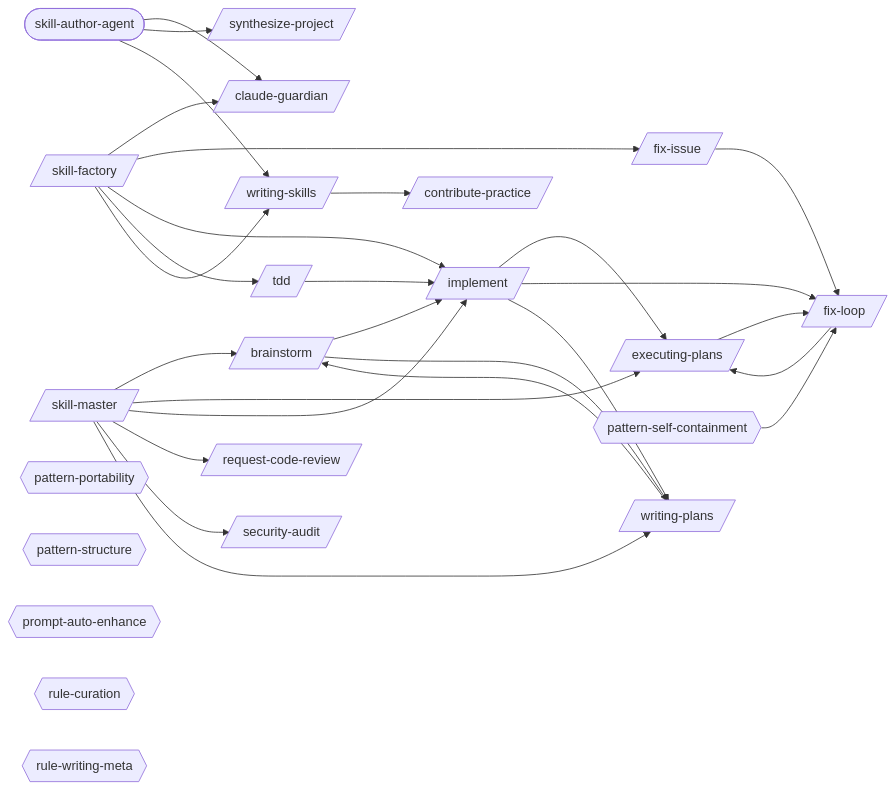
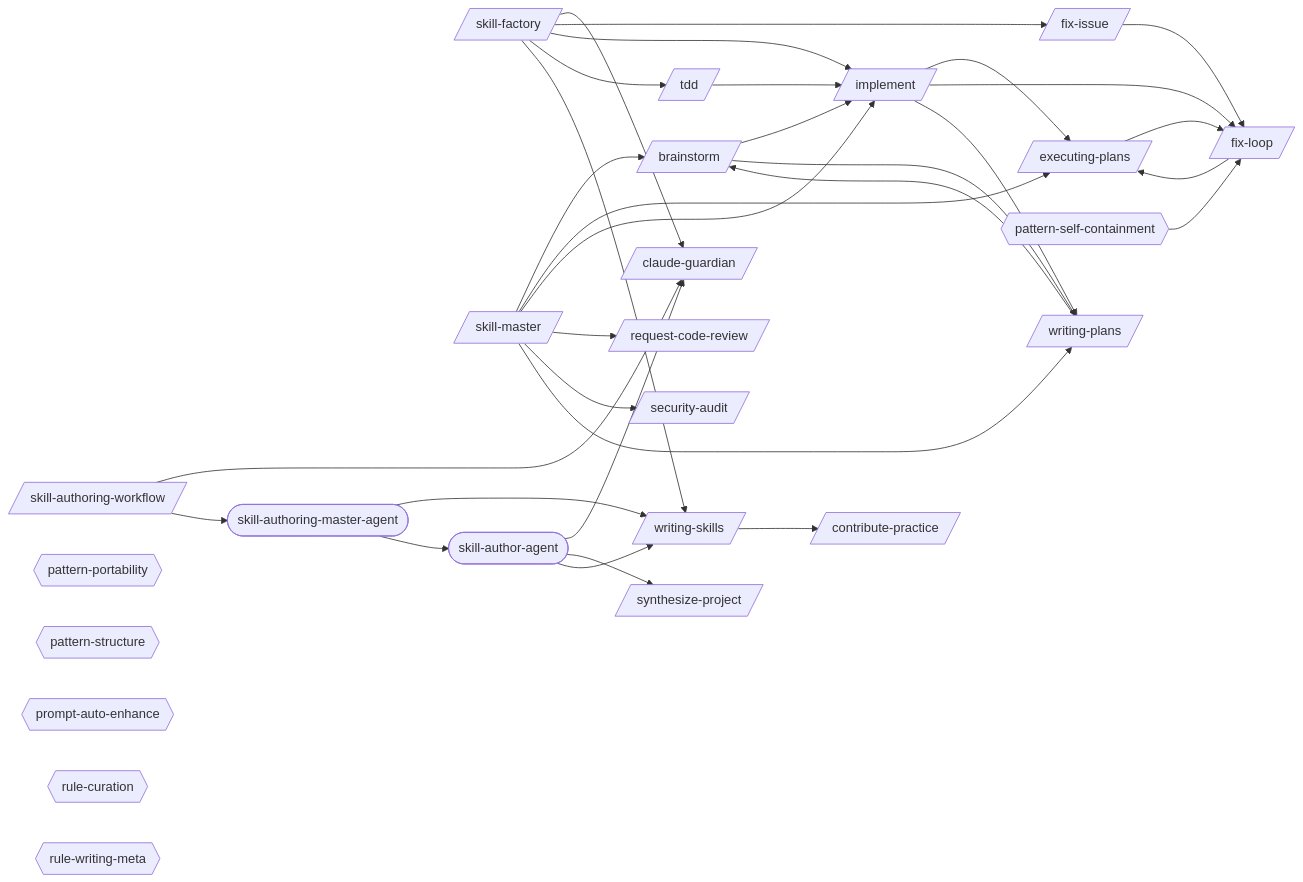
One commit to abhayla/claude-best-practices changed the first of 2 diagrams in docs/workflows/skill-authoring.md. Above: the diagram before and after it, drawn with Mermaid. The commit also changed other lines of this file and 11 other files, not shown here.

````diff
--- a/docs/workflows/skill-authoring.md
+++ b/docs/workflows/skill-authoring.md
@@ -9,51 +9,57 @@
 ```mermaid
 graph LR
     brainstorm[/brainstorm/]
     claude_guardian[/claude-guardian/]
     contribute_practice[/contribute-practice/]
     executing_plans[/executing-plans/]
     fix_issue[/fix-issue/]
     fix_loop[/fix-loop/]
     implement[/implement/]
     request_code_review[/request-code-review/]
     security_audit[/security-audit/]
+    skill_authoring_workflow[/skill-authoring-workflow/]
     skill_factory[/skill-factory/]
     skill_master[/skill-master/]
     synthesize_project[/synthesize-project/]
     tdd[/tdd/]
     writing_plans[/writing-plans/]
     writing_skills[/writing-skills/]
     skill_author_agent([skill-author-agent])
+    skill_authoring_master_agent([skill-authoring-master-agent])
     pattern_portability{{pattern-portability}}
     pattern_self_containment{{pattern-self-containment}}
     pattern_structure{{pattern-structure}}
     prompt_auto_enhance{{prompt-auto-enhance}}
     rule_curation{{rule-curation}}
     rule_writing_meta{{rule-writing-meta}}
     brainstorm --> implement
     brainstorm --> writing_plans
     executing_plans --> fix_loop
     fix_issue --> fix_loop
     fix_loop --> executing_plans
     implement --> executing_plans
     implement --> fix_loop
     implement --> writing_plans
+    skill_authoring_workflow --> claude_guardian
+    skill_authoring_workflow --> skill_authoring_master_agent
     skill_factory --> claude_guardian
     skill_factory --> fix_issue
     skill_factory --> implement
     skill_factory --> tdd
     skill_factory --> writing_skills
     skill_master --> brainstorm
     skill_master --> executing_plans
     skill_master --> implement
     skill_master --> request_code_review
     skill_master --> security_audit
     skill_master --> writing_plans
     tdd --> implement
     writing_plans --> brainstorm
     writing_skills --> contribute_practice
     skill_author_agent --> claude_guardian
     skill_author_agent --> synthesize_project
     skill_author_agent --> writing_skills
+    skill_authoring_master_agent --> writing_skills
+    skill_authoring_master_agent --> skill_author_agent
     pattern_self_containment --> fix_loop
 ```
````
